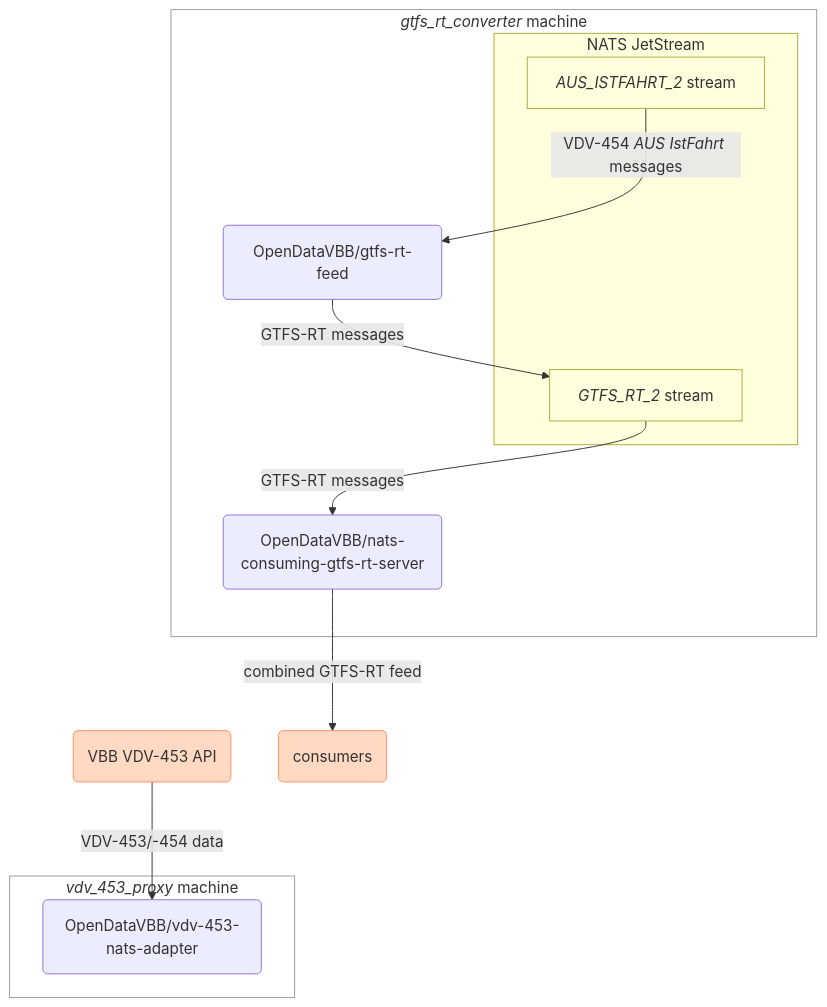
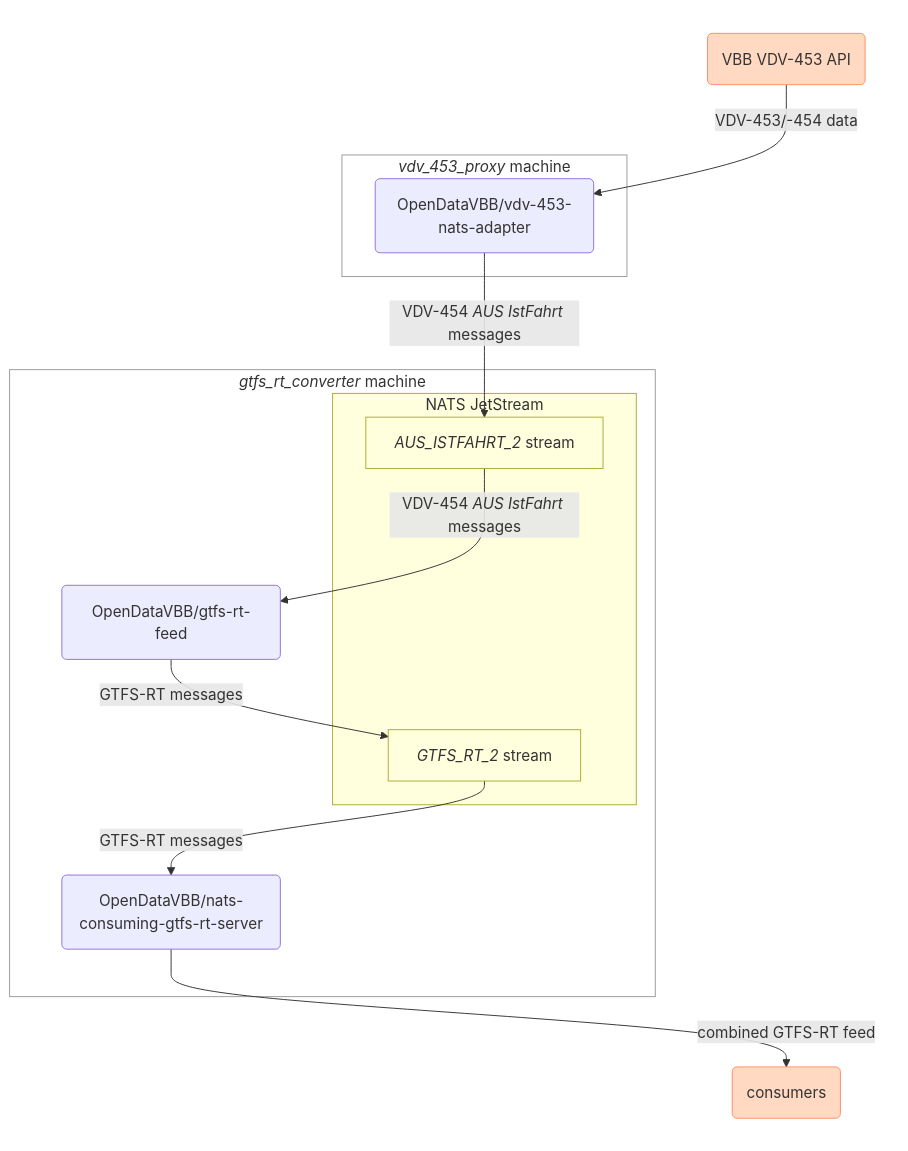
One commit to OpenDataVBB/gtfs-rt-infrastructure changed the diagram in readme.md. Above: the diagram before and after it, drawn with Mermaid. The commit also changed other lines of this file and 5 other files, not shown here.

Commit message:
publish VDV-454 data into NATS queue on gtfs_rt_converter through Wireguard VPN 📝

````diff
--- a/readme.md
+++ b/readme.md
@@ -5,32 +5,33 @@
 ```mermaid
 flowchart TB
     subgraph external[ ]
         vdv_453_api(VBB VDV-453 API):::external
         consumers(consumers):::external
     end
     style external fill:none,stroke:none
     classDef external fill:#ffd9c2,stroke:#ff8e62
     subgraph vdv_453_proxy["`*vdv_453_proxy* machine`"]
         vdv_453_nats_adapter(OpenDataVBB/vdv-453-nats-adapter)
     end
     style vdv_453_proxy fill:none,stroke:#999999
     subgraph gtfs_rt_converter["`*gtfs_rt_converter* machine`"]
         subgraph nats[NATS JetStream]
             nats_aus_istfahrt["`*AUS_ISTFAHRT_2* stream`"]:::stream
             nats_gtfs_rt["`*GTFS_RT_2* stream`"]:::stream
             classDef stream fill:#ffffde,stroke:#aaaa33
         end
         subgraph services[ ]
             gtfs_rt_feed(OpenDataVBB/gtfs-rt-feed)
             nats_consuming_gtfs_rt_server(OpenDataVBB/nats-consuming-gtfs-rt-server)
         end
         style services fill:none,stroke:none
     end
     style gtfs_rt_converter fill:none,stroke:#999999
 
     vdv_453_api-- VDV-453/-454 data -->vdv_453_nats_adapter
+    vdv_453_nats_adapter-- "`VDV-454 *AUS* *IstFahrt* messages`" -->nats_aus_istfahrt
     nats_aus_istfahrt-- "`VDV-454 *AUS* *IstFahrt* messages`" -->gtfs_rt_feed
     gtfs_rt_feed-- "`GTFS-RT messages`" -->nats_gtfs_rt
     nats_gtfs_rt-- "`GTFS-RT messages`" -->nats_consuming_gtfs_rt_server
     nats_consuming_gtfs_rt_server-- combined GTFS-RT feed -->consumers
 ```
````
